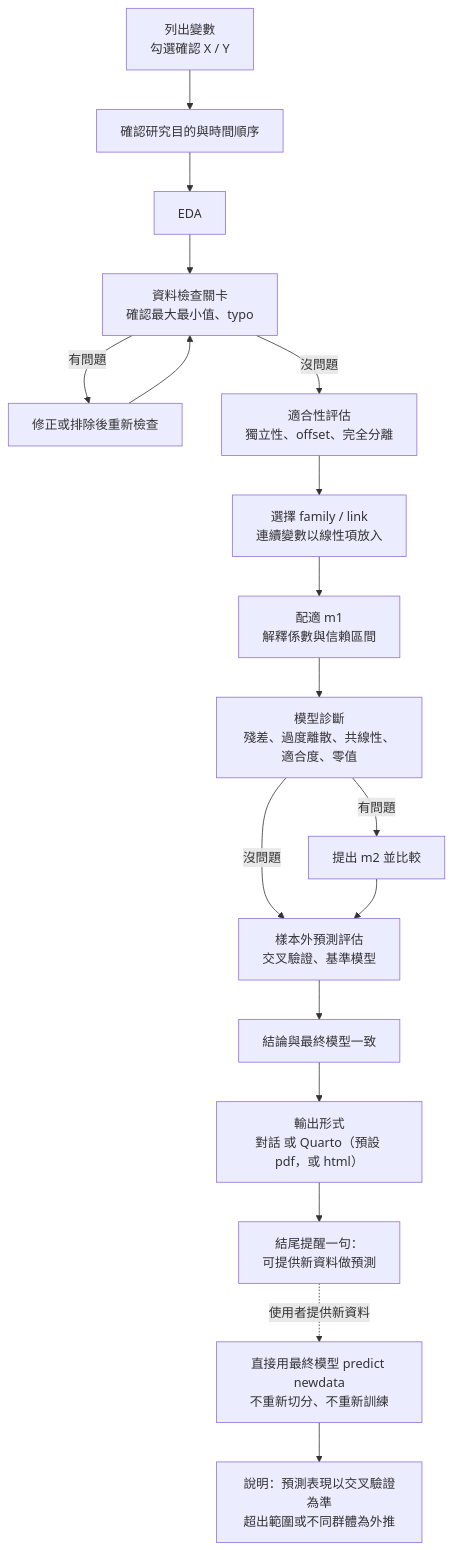
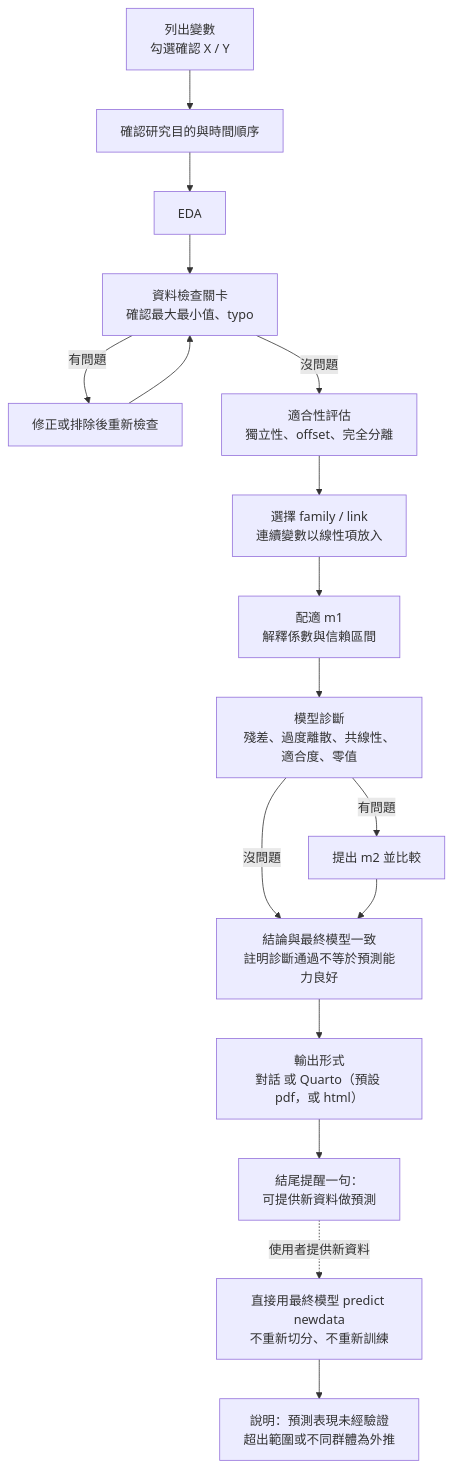
The diagram in README.md (tzuhui39/SC3-GLM_Analysis), drawn with Mermaid before and after one commit. The commit also changed other lines of this file and 4 other files, not shown here.

````diff
--- a/README.md
+++ b/README.md
@@ -22,20 +22,19 @@
 ```mermaid
 flowchart TD
     A[列出變數<br>勾選確認 X / Y] --> B[確認研究目的與時間順序]
     B --> C[EDA]
     C --> D[資料檢查關卡<br>確認最大最小值、typo]
     D -->|有問題| D1[修正或排除後重新檢查]
     D1 --> D
     D -->|沒問題| E[適合性評估<br>獨立性、offset、完全分離]
     E --> F[選擇 family / link<br>連續變數以線性項放入]
     F --> G[配適 m1<br>解釋係數與信賴區間]
     G --> H[模型診斷<br>殘差、過度離散、共線性、適合度、零值]
     H -->|有問題| I[提出 m2 並比較]
-    H -->|沒問題| J
-    I --> J[樣本外預測評估<br>交叉驗證、基準模型]
-    J --> K[結論與最終模型一致]
+    H -->|沒問題| K
+    I --> K[結論與最終模型一致<br>註明診斷通過不等於預測能力良好]
     K --> N[輸出形式<br>對話 或 Quarto（預設 pdf，或 html）]
     N --> O[結尾提醒一句：<br>可提供新資料做預測]
     O -.->|使用者提供新資料| L[直接用最終模型 predict newdata<br>不重新切分、不重新訓練]
-    L --> M[說明：預測表現以交叉驗證為準<br>超出範圍或不同群體為外推]
+    L --> M[說明：預測表現未經驗證<br>超出範圍或不同群體為外推]
 ```
````
